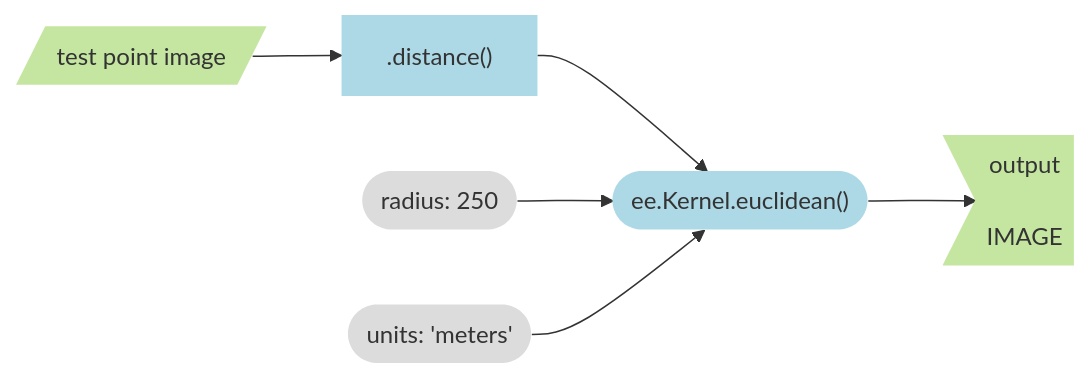
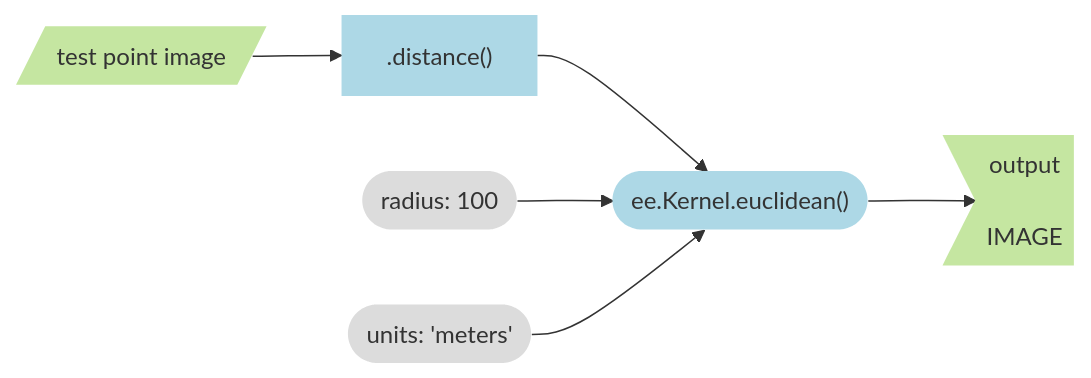
Before and after one commit to jeffhowarth/eeprimer: the first of 3 diagrams in src/rudiments/on_distance.md, drawn with Mermaid. The commit also changed other lines of this file and 8 other files, not shown here.

````diff
--- a/src/rudiments/on_distance.md
+++ b/src/rudiments/on_distance.md
@@ -27,15 +27,15 @@
 ``` mermaid
 graph LR
   input[/test point image/] --> method1[".distance()"] ;
   method1 --> method2(["ee.Kernel.euclidean()"])
-  arg_att1(["radius: 250"]) --> method2;
+  arg_att1(["radius: 100"]) --> method2;
   arg_att2(["units: 'meters'"]) --> method2;
   method2 --> output>output\n\nIMAGE];
 
   style input fill:#C5E6A1,stroke-width:0px
   style method1 fill:#ADD8E6,stroke-width:0px
   style method2 fill:#ADD8E6,stroke-width:0px
   style output fill:#C5E6A1,stroke-width:0px
   style arg_att1 fill:#DCDCDC,stroke-width:0px
   style arg_att2 fill:#DCDCDC,stroke-width:0px
 ```
````
